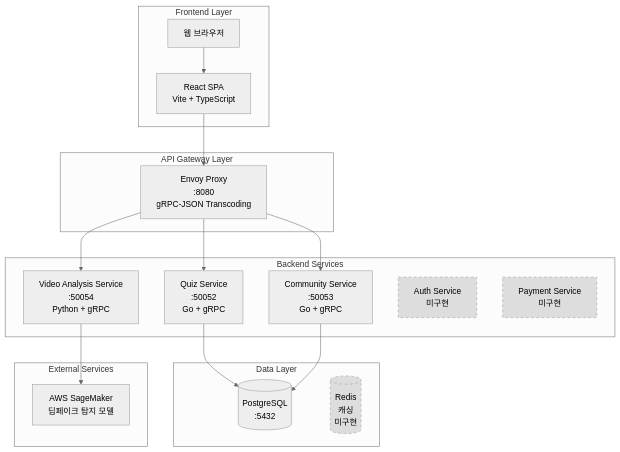
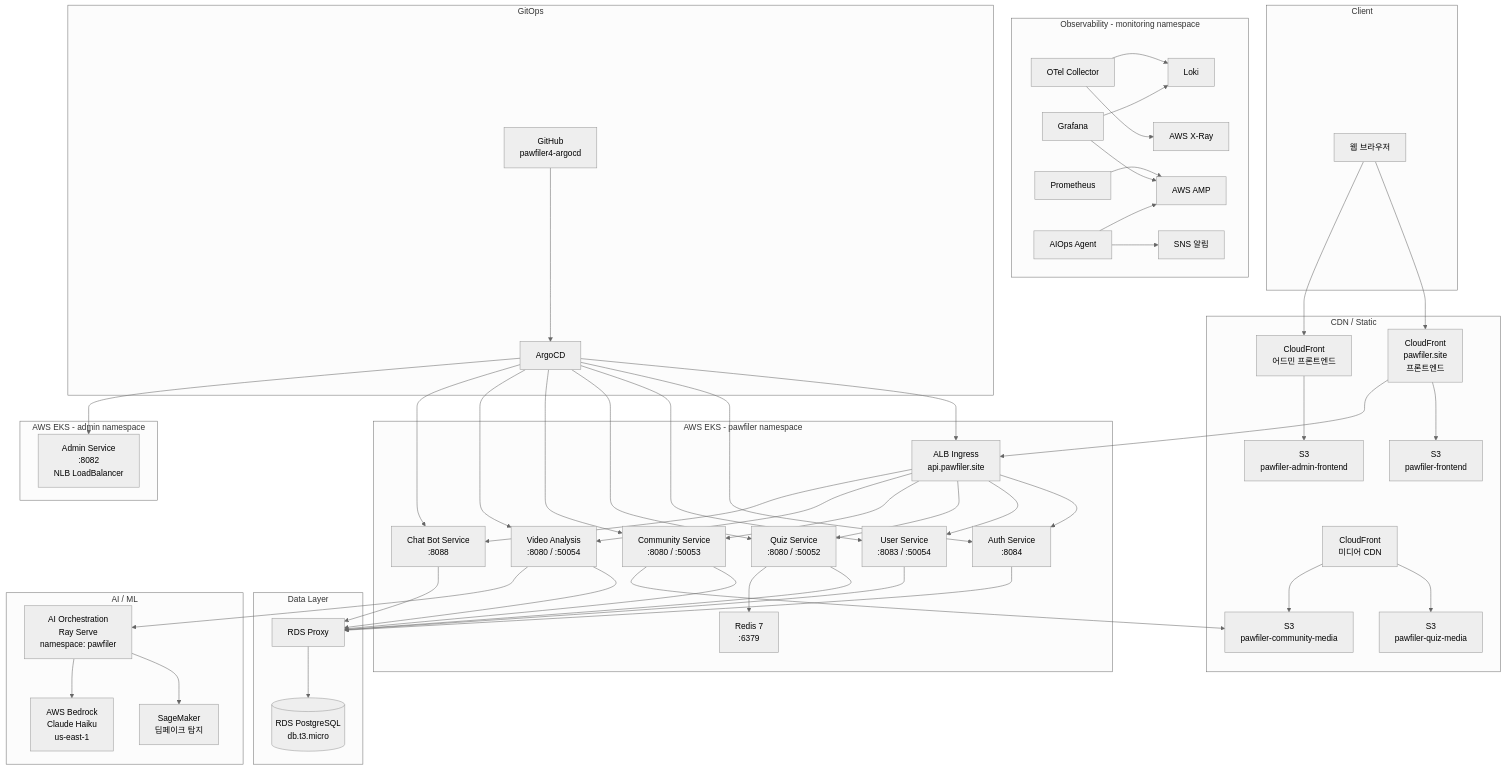
The first of 4 diagrams in ARCHITECTURE.md (vanillaturtlechips/pawfiler4), drawn with Mermaid (neutral theme) before and after one commit. The commit also changed other lines of this file and 1 other file, not shown here.

Commit message:
docs: ARCHITECTURE.md 전면 업데이트, 인프라_아키텍처_3.23 정오표 추가

````diff
--- a/ARCHITECTURE.md
+++ b/ARCHITECTURE.md
@@ -5,43 +5,103 @@
 ```mermaid
 graph TB
-    subgraph "Frontend Layer"
+    subgraph "Client"
         Browser[웹 브라우저]
-        React[React SPA<br/>Vite + TypeScript]
     end
 
-    subgraph "API Gateway Layer"
-        Envoy[Envoy Proxy<br/>:8080<br/>gRPC-JSON Transcoding]
+    subgraph "CDN / Static"
+        CF_FE[CloudFront<br/>pawfiler.site<br/>프론트엔드]
+        CF_ADMIN[CloudFront<br/>어드민 프론트엔드]
+        CF_MEDIA[CloudFront<br/>미디어 CDN]
+        S3_FE[S3<br/>pawfiler-frontend]
+        S3_ADMIN[S3<br/>pawfiler-admin-frontend]
+        S3_QUIZ[S3<br/>pawfiler-quiz-media]
+        S3_COMMUNITY[S3<br/>pawfiler-community-media]
     end
 
-    subgraph "Backend Services"
-        QuizService[Quiz Service<br/>:50052<br/>Go + gRPC]
-        CommunityService[Community Service<br/>:50053<br/>Go + gRPC]
-        VideoService[Video Analysis Service<br/>:50054<br/>Python + gRPC]
-        AuthService[Auth Service<br/>미구현]
-        PaymentService[Payment Service<br/>미구현]
+    subgraph "AWS EKS - pawfiler namespace"
+        ALB[ALB Ingress<br/>api.pawfiler.site]
+        AuthSvc[Auth Service<br/>:8084]
+        UserSvc[User Service<br/>:8083 / :50054]
+        QuizSvc[Quiz Service<br/>:8080 / :50052]
+        CommunitySvc[Community Service<br/>:8080 / :50053]
+        VideoSvc[Video Analysis<br/>:8080 / :50054]
+        ChatBot[Chat Bot Service<br/>:8088]
+        Redis[Redis 7<br/>:6379]
+    end
+
+    subgraph "AWS EKS - admin namespace"
+        AdminSvc[Admin Service<br/>:8082<br/>NLB LoadBalancer]
     end
 
     subgraph "Data Layer"
-        PostgreSQL[(PostgreSQL<br/>:5432)]
-        Redis[(Redis<br/>캐싱<br/>미구현)]
+        RDSProxy[RDS Proxy]
+        RDS[(RDS PostgreSQL<br/>db.t3.micro)]
     end
 
-    subgraph "External Services"
-        SageMaker[AWS SageMaker<br/>딥페이크 탐지 모델]
+    subgraph "AI / ML"
+        AIOrcSvc[AI Orchestration<br/>Ray Serve<br/>namespace: pawfiler]
+        SageMaker[SageMaker<br/>딥페이크 탐지]
+        Bedrock[AWS Bedrock<br/>Claude Haiku<br/>us-east-1]
     end
 
-    Browser --> React
-    React --> Envoy
-    
-    Envoy --> QuizService
-    Envoy --> CommunityService
-    Envoy --> VideoService
-    
-    QuizService --> PostgreSQL
-    CommunityService --> PostgreSQL
-    VideoService --> SageMaker
-    
-    style AuthService fill:#ddd,stroke:#999,stroke-dasharray: 5 5
-    style PaymentService fill:#ddd,stroke:#999,stroke-dasharray: 5 5
-    style Redis fill:#ddd,stroke:#999,stroke-dasharray: 5 5
+    subgraph "Observability - monitoring namespace"
+        Prometheus[Prometheus]
+        Grafana[Grafana]
+        Loki[Loki]
+        OtelCollector[OTel Collector]
+        AMP[AWS AMP]
+        XRay[AWS X-Ray]
+        AIOps[AIOps Agent]
+        SNS[SNS 알림]
+    end
+
+    subgraph "GitOps"
+        ArgoCD[ArgoCD]
+        GitHub[GitHub<br/>pawfiler4-argocd]
+    end
+
+    Browser --> CF_FE --> S3_FE
+    Browser --> CF_ADMIN --> S3_ADMIN
+    CF_FE --> ALB
+    CF_MEDIA --> S3_QUIZ
+    CF_MEDIA --> S3_COMMUNITY
+
+    ALB --> AuthSvc
+    ALB --> UserSvc
+    ALB --> QuizSvc
+    ALB --> CommunitySvc
+    ALB --> VideoSvc
+    ALB --> ChatBot
+
+    AuthSvc --> RDSProxy
+    UserSvc --> RDSProxy
+    QuizSvc --> RDSProxy
+    QuizSvc --> Redis
+    CommunitySvc --> RDSProxy
+    CommunitySvc --> S3_COMMUNITY
+    VideoSvc --> RDSProxy
+    VideoSvc --> AIOrcSvc
+    ChatBot --> RDSProxy
+
+    AIOrcSvc --> SageMaker
+    AIOrcSvc --> Bedrock
+    RDSProxy --> RDS
+
+    OtelCollector --> Loki
+    OtelCollector --> XRay
+    Prometheus --> AMP
+    Grafana --> AMP
+    Grafana --> Loki
+    AIOps --> AMP
+    AIOps --> SNS
+
+    GitHub --> ArgoCD
+    ArgoCD --> ALB
+    ArgoCD --> AuthSvc
+    ArgoCD --> UserSvc
+    ArgoCD --> QuizSvc
+    ArgoCD --> CommunitySvc
+    ArgoCD --> VideoSvc
+    ArgoCD --> ChatBot
+    ArgoCD --> AdminSvc
 ```
````
